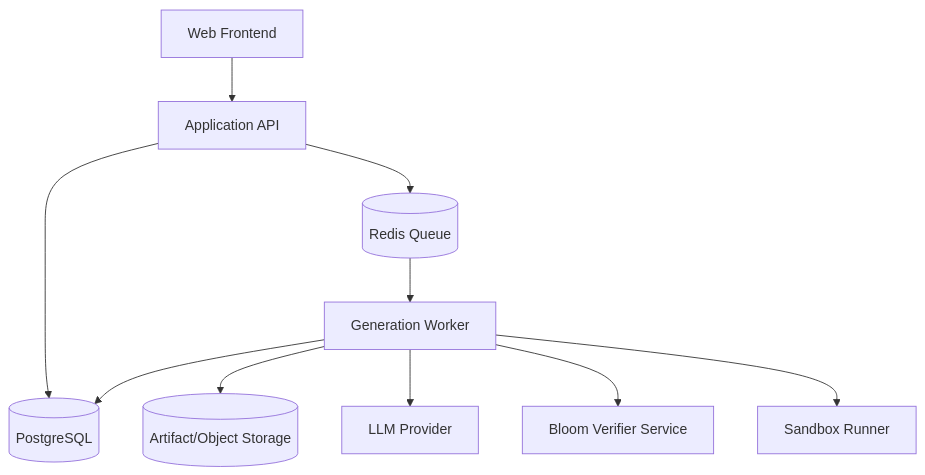
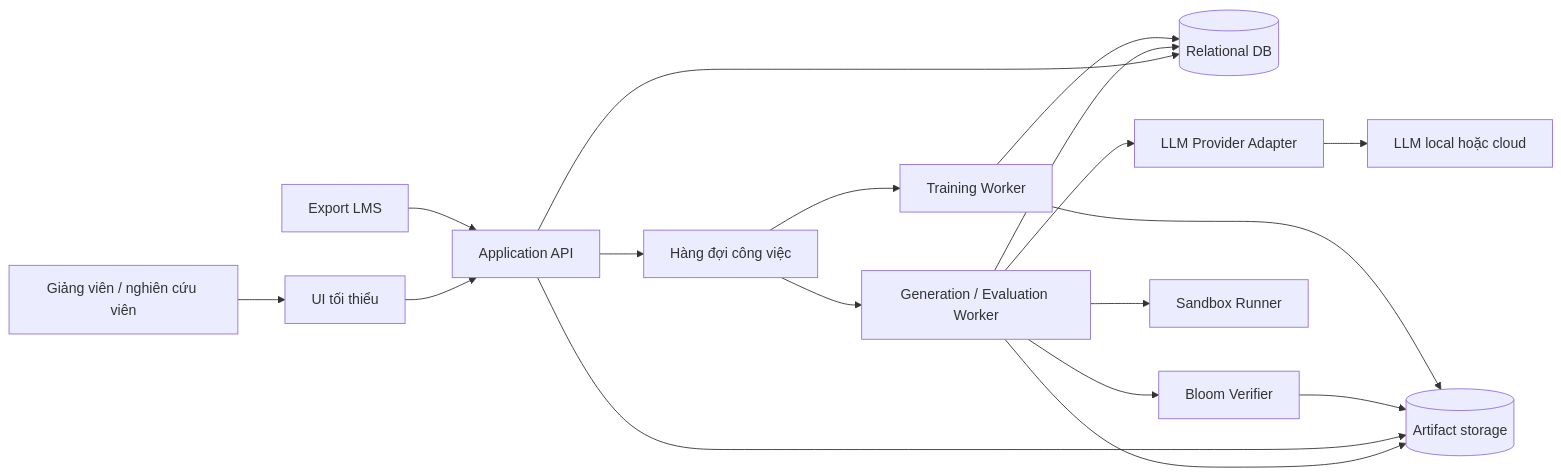
Before and after one commit to vdthang221/DACN_261_RAG_APPLICATION: the first of 3 diagrams in docs/SD_PROPOSED.md, drawn with Mermaid. The commit also changed other lines of this file and 2 other files, not shown here.

Commit message:
docs: align proposed design with RE and add ERD guides

````diff
--- a/docs/SD_PROPOSED.md
+++ b/docs/SD_PROPOSED.md
@@ -54,22 +49,20 @@
 ```mermaid
-flowchart TB
-    Web[Web Frontend]
-    API[Application API]
-    Worker[Generation Worker]
-    DB[(PostgreSQL)]
-    Queue[(Redis Queue)]
-    Object[(Artifact/Object Storage)]
-    Bloom[Bloom Verifier Service]
-    Sandbox[Sandbox Runner]
-    Provider[LLM Provider]
-
-    Web --> API
-    API --> DB
-    API --> Queue
-    Queue --> Worker
+flowchart LR
+    Staff[Giảng viên / nghiên cứu viên] --> UI[UI tối thiểu]
+    UI --> API[Application API]
+    LMS[Export LMS] --> API
+    API --> DB[(Relational DB)]
+    API --> Queue[Hàng đợi công việc]
+    Queue --> Worker[Generation / Evaluation Worker]
     Worker --> DB
-    Worker --> Object
-    Worker --> Provider
-    Worker --> Bloom
-    Worker --> Sandbox
+    Worker --> Store[(Artifact storage)]
+    API --> Store
+    Worker --> Adapter[LLM Provider Adapter]
+    Adapter --> LLM[LLM local hoặc cloud]
+    Worker --> Bloom[Bloom Verifier]
+    Bloom --> Store
+    Worker --> Sandbox[Sandbox Runner]
+    Training[Training Worker] --> Store
+    Training --> DB
+    Queue --> Training
 ```
````
